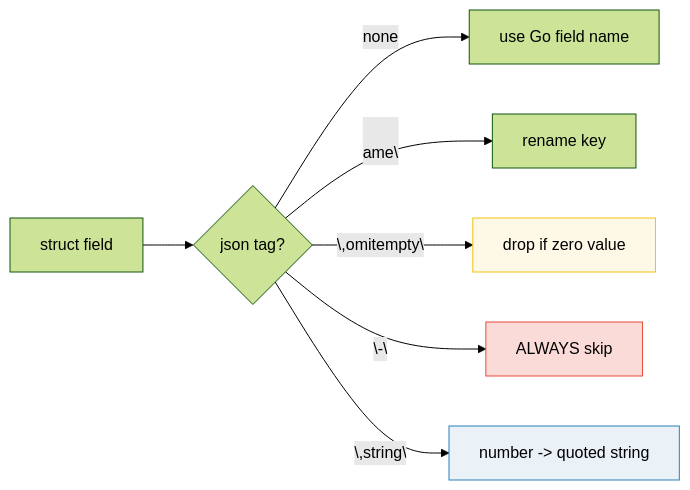
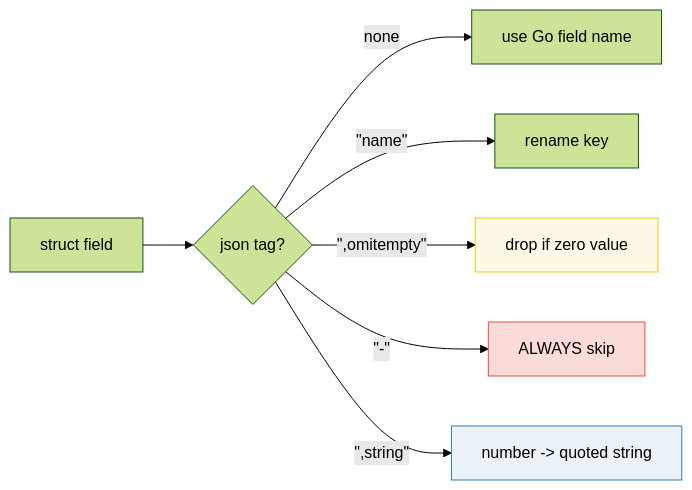
Before and after one commit to quanhua92/tutorials: the fourth of 5 diagrams in go/ENCODING_JSON.md, drawn with Mermaid (forest theme). The commit also changed other lines of this file and 102 other files, not shown here.

First line of the commit message:
fix: repair 117 unrenderable mermaid diagrams across all sections

````diff
--- a/go/ENCODING_JSON.md
+++ b/go/ENCODING_JSON.md
@@ -141,12 +141,12 @@
 ```mermaid
 graph LR
     F["struct field"] --> T{"json tag?"}
     T -->|"none"| N["use Go field name"]
-    T -->|"\"name\""| R["rename key"]
-    T -->|"\",omitempty\""| O["drop if zero value"]
-    T -->|"\"-\""| S["ALWAYS skip"]
-    T -->|"\",string\""| ST["number -> quoted string"]
+    T -->|"&quot;name&quot;"| R["rename key"]
+    T -->|"&quot;,omitempty&quot;"| O["drop if zero value"]
+    T -->|"&quot;-&quot;"| S["ALWAYS skip"]
+    T -->|"&quot;,string&quot;"| ST["number -> quoted string"]
     style S fill:#fadbd8,stroke:#e74c3c
     style O fill:#fef9e7,stroke:#f1c40f
     style ST fill:#eaf2f8,stroke:#2980b9
 ```
````
